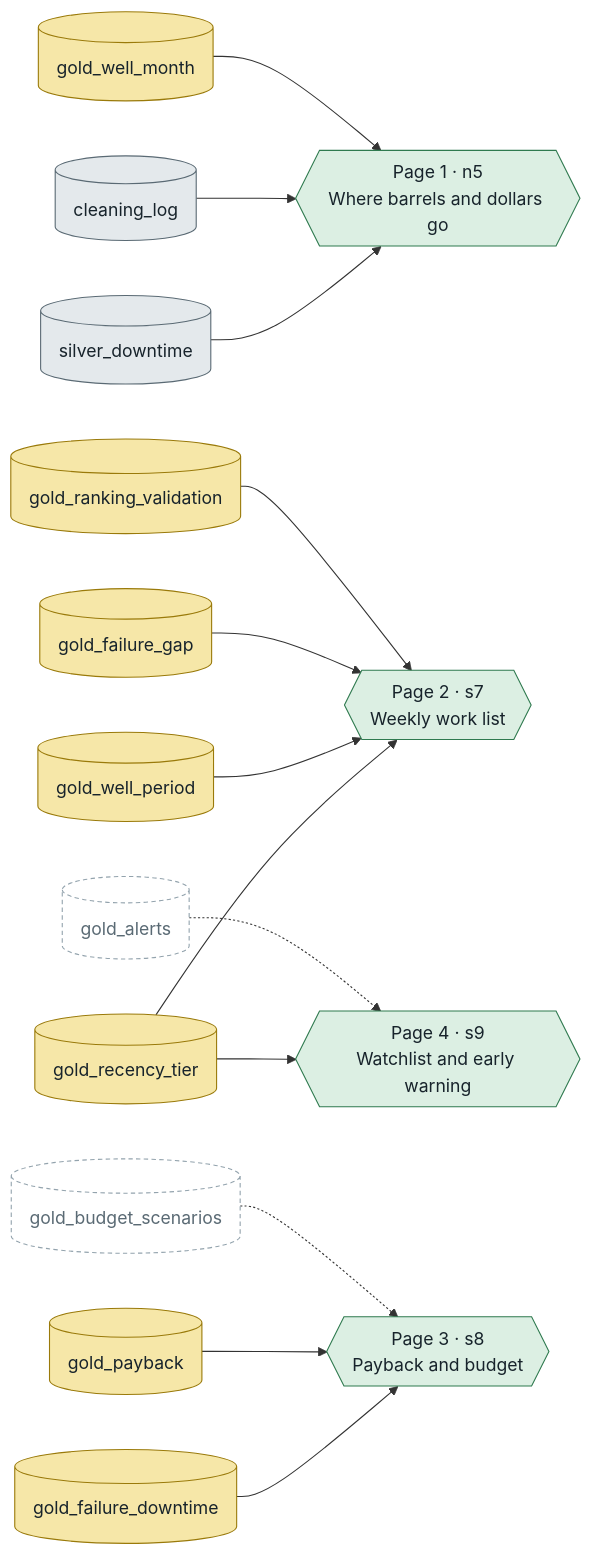
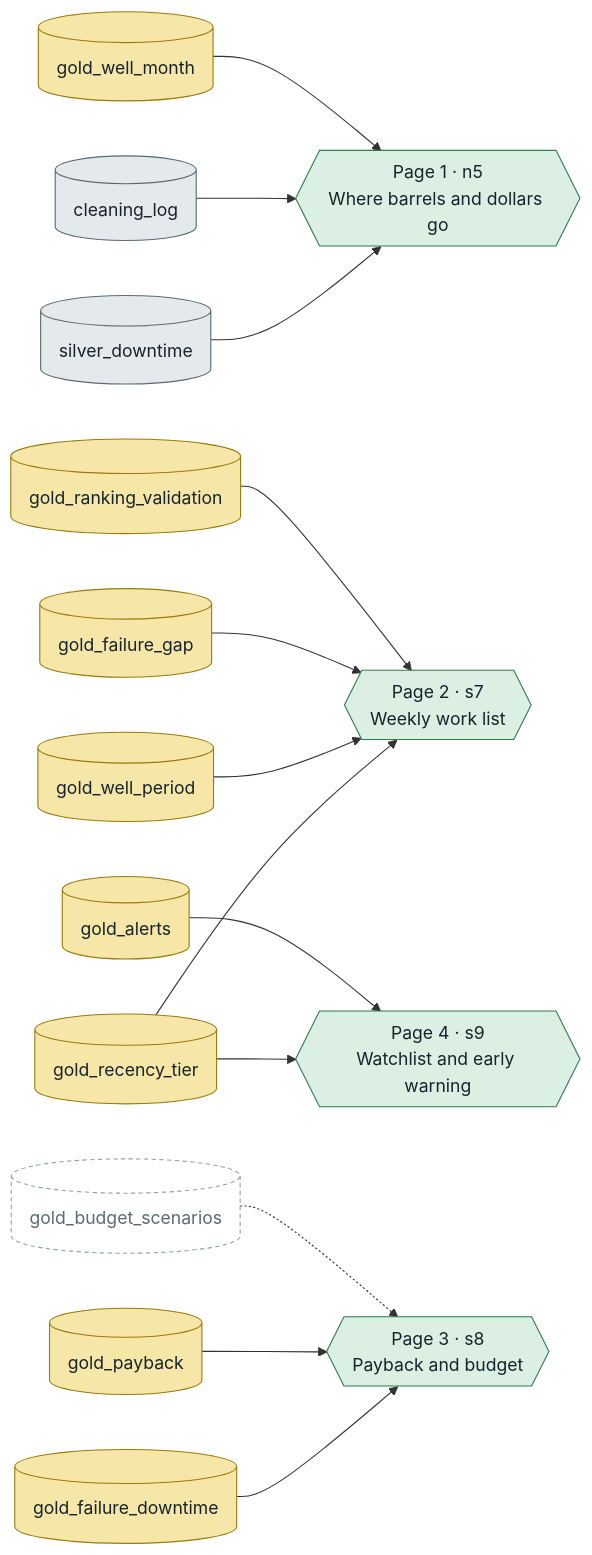
The fourth of 4 diagrams in docs/notebooks_and_data_flow.md (Angie629/dsmlc2026), drawn with Mermaid before and after one commit. The commit also changed other lines of this file and 2 other files, not shown here.

````diff
--- a/docs/notebooks_and_data_flow.md
+++ b/docs/notebooks_and_data_flow.md
@@ -163,31 +162,31 @@
 ```mermaid
 flowchart LR
   classDef silver fill:#e4e9ec,stroke:#5a6a74,color:#17232b
   classDef gold fill:#f6e7a8,stroke:#9a7a0a,color:#17232b
   classDef planned fill:#ffffff,stroke:#93a3ad,color:#5a6a74,stroke-dasharray: 4 3
   classDef dash fill:#dcefe3,stroke:#2f7a4f,color:#17232b
 
   ST[("#nbsp;#nbsp;silver_downtime#nbsp;#nbsp;")]:::silver
   CL[("#nbsp;#nbsp;cleaning_log#nbsp;#nbsp;")]:::silver
   GWM[("#nbsp;#nbsp;gold_well_month#nbsp;#nbsp;")]:::gold
   GRT[("#nbsp;#nbsp;gold_recency_tier#nbsp;#nbsp;")]:::gold
   GWP[("#nbsp;#nbsp;gold_well_period#nbsp;#nbsp;")]:::gold
   GFG[("#nbsp;#nbsp;gold_failure_gap#nbsp;#nbsp;")]:::gold
   GRV[("#nbsp;#nbsp;gold_ranking_validation#nbsp;#nbsp;")]:::gold
   GFD[("#nbsp;#nbsp;gold_failure_downtime#nbsp;#nbsp;")]:::gold
   GPB[("#nbsp;#nbsp;gold_payback#nbsp;#nbsp;")]:::gold
   GBS[("#nbsp;#nbsp;gold_budget_scenarios#nbsp;#nbsp;")]:::planned
-  GAL[("#nbsp;#nbsp;gold_alerts#nbsp;#nbsp;")]:::planned
+  GAL[("#nbsp;#nbsp;gold_alerts#nbsp;#nbsp;")]:::gold
 
   P1{{"#nbsp;Page 1 · n5#nbsp;<br>Where barrels and dollars go"}}:::dash
   P2{{"#nbsp;Page 2 · s7#nbsp;<br>Weekly work list"}}:::dash
   P3{{"#nbsp;Page 3 · s8#nbsp;<br>Payback and budget"}}:::dash
   P4{{"#nbsp;Page 4 · s9#nbsp;<br>Watchlist and early warning"}}:::dash
 
   ST & CL & GWM --> P1
   GRT & GWP & GFG & GRV --> P2
   GFD & GPB --> P3
   GBS -.-> P3
   GRT --> P4
-  GAL -.-> P4
+  GAL --> P4
 ```
````
